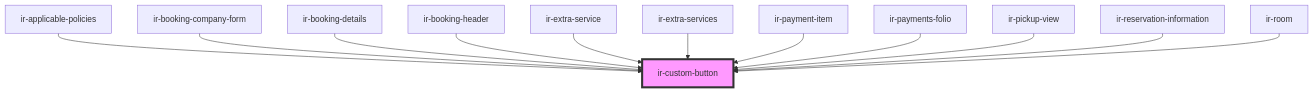
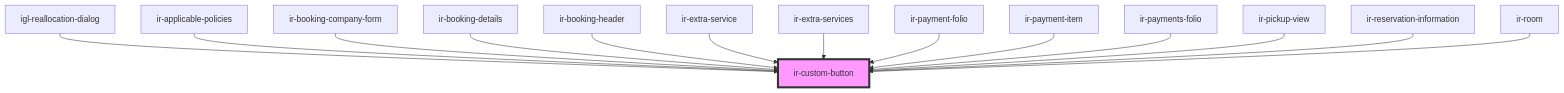
The diagram in src/components/ui/ir-custom-button/readme.md (RonyRizk/ir-webcmp), drawn with Mermaid before and after one commit. The commit also changed other lines of this file and 62 other files, not shown here.

````diff
--- a/src/components/ui/ir-custom-button/readme.md
+++ b/src/components/ui/ir-custom-button/readme.md
@@ -58,15 +61,17 @@
 ```mermaid
 graph TD;
+  igl-reallocation-dialog --> ir-custom-button
   ir-applicable-policies --> ir-custom-button
   ir-booking-company-form --> ir-custom-button
   ir-booking-details --> ir-custom-button
   ir-booking-header --> ir-custom-button
   ir-extra-service --> ir-custom-button
   ir-extra-services --> ir-custom-button
+  ir-payment-folio --> ir-custom-button
   ir-payment-item --> ir-custom-button
   ir-payments-folio --> ir-custom-button
   ir-pickup-view --> ir-custom-button
   ir-reservation-information --> ir-custom-button
   ir-room --> ir-custom-button
   style ir-custom-button fill:#f9f,stroke:#333,stroke-width:4px
 ```
````
